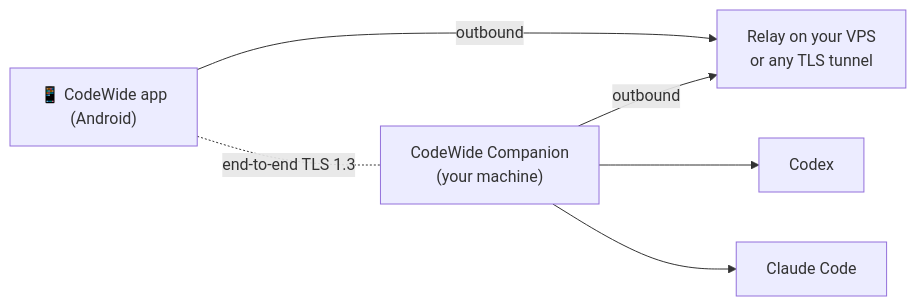
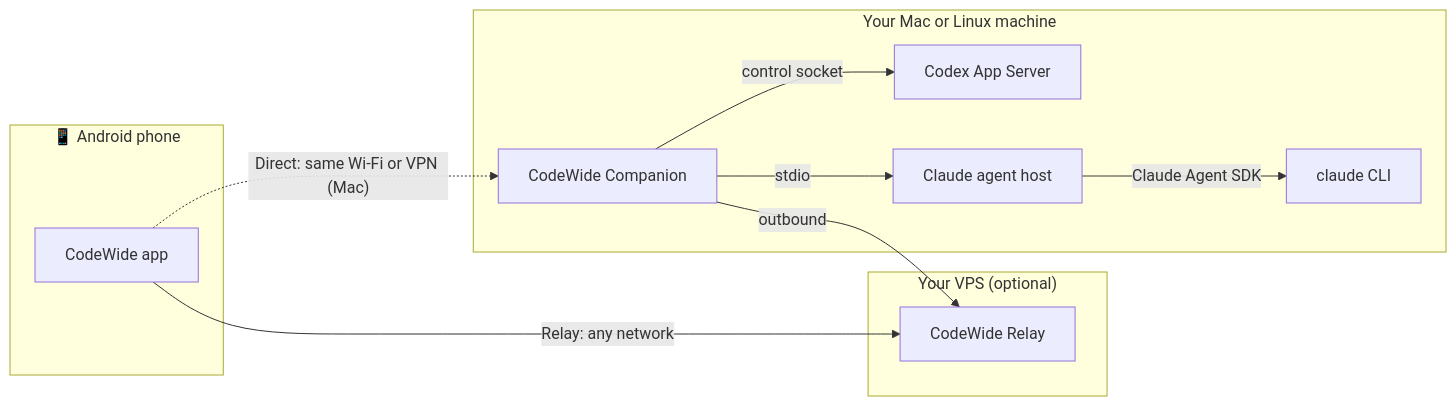
Before and after one commit to MrFlashAccount/CodeWide: the diagram in README.md, drawn with Mermaid. The commit also changed other lines of this file, not shown here.

First line of the commit message:
Fix the README diagram and rebuild the quick start around the Mac setup assistant

````diff
--- a/README.md
+++ b/README.md
@@ -81,13 +84,21 @@
 ```mermaid
 flowchart LR
-  phone["📱 CodeWide app<br/>(Android)"]
-  relay["Relay on your VPS<br/>or any TLS tunnel"]
-  companion["CodeWide Companion<br/>(your machine)"]
-  codex["Codex"]
-  claude["Claude Code"]
-  phone -- "outbound" --> relay
+  subgraph phone["📱 Android phone"]
+    app["CodeWide app"]
+  end
+  subgraph vps["Your VPS (optional)"]
+    relay["CodeWide Relay"]
+  end
+  subgraph host["Your Mac or Linux machine"]
+    companion["CodeWide Companion"]
+    codex["Codex App Server"]
+    claudehost["Claude agent host"]
+    claude["claude CLI"]
+  end
+  app -- "Relay: any network" --> relay
   companion -- "outbound" --> relay
-  phone -. "end-to-end TLS 1.3" .- companion
-  companion --> codex
-  companion --> claude
+  app -. "Direct: same Wi-Fi or VPN (Mac)" .-> companion
+  companion -- "control socket" --> codex
+  companion -- "stdio" --> claudehost
+  claudehost -- "Claude Agent SDK" --> claude
 ```
````
